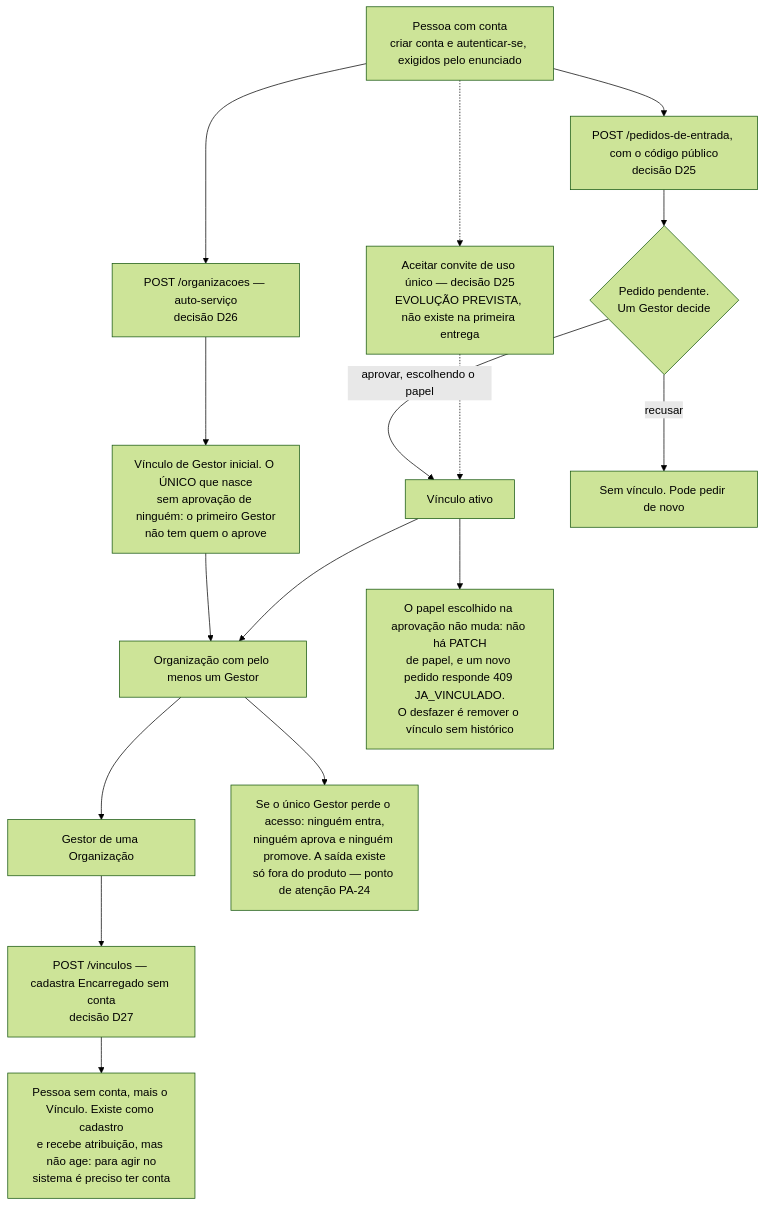
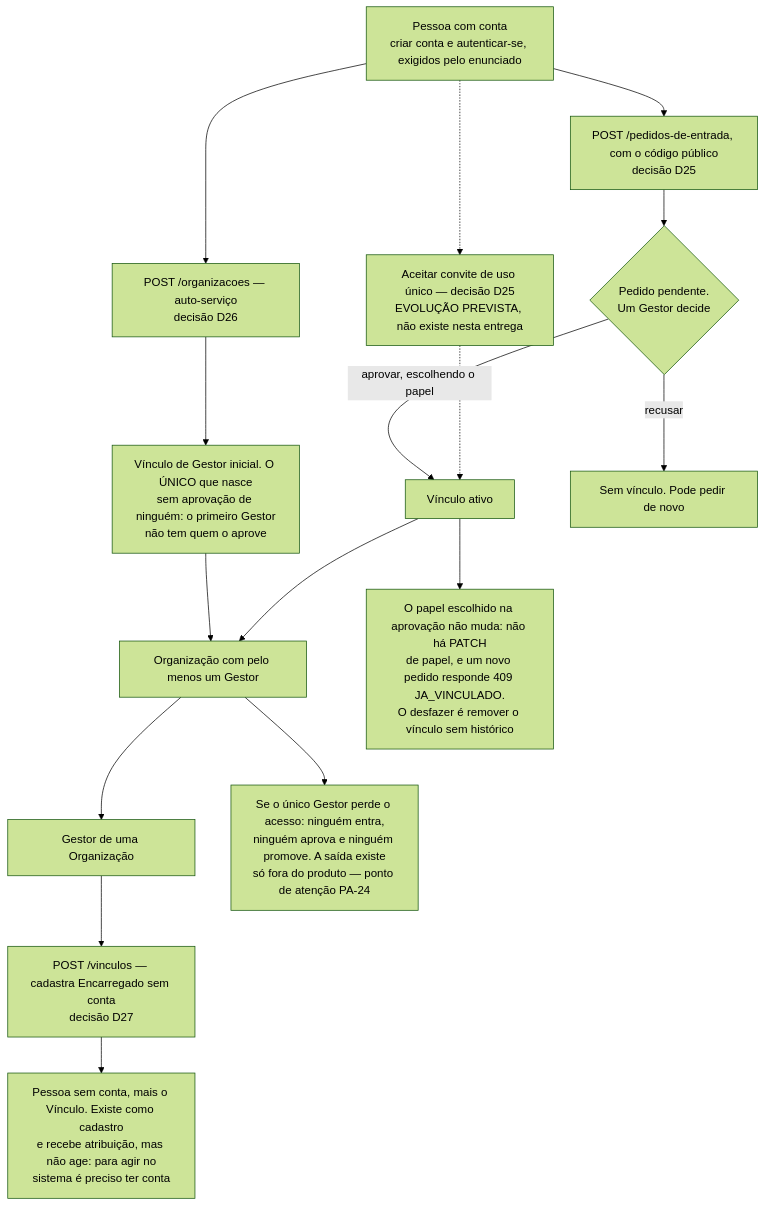
One commit to natanjunior/8FSDT-Hackathon changed the third of 4 diagrams in docs/fluxos-e-diagramas.md. Above: the diagram before and after it, drawn with Mermaid (forest theme). The commit also changed other lines of this file and 17 other files, not shown here.

First line of the commit message:
docs: nao existe "primeira entrega", existe a entrega — e a porta abre pelo que o produto faz

````diff
--- a/docs/fluxos-e-diagramas.md
+++ b/docs/fluxos-e-diagramas.md
@@ -247,24 +247,24 @@
 ```mermaid
 flowchart TD
     P["Pessoa com conta<br/>criar conta e autenticar-se, exigidos pelo enunciado"]
     G["Gestor de uma Organização"]
 
     P --> A1["POST /organizacoes — auto-serviço<br/>decisão D26"]
     P --> B1["POST /pedidos-de-entrada, com o código público<br/>decisão D25"]
-    P -.-> C1["Aceitar convite de uso único — decisão D25<br/>EVOLUÇÃO PREVISTA, não existe na primeira entrega"]
+    P -.-> C1["Aceitar convite de uso único — decisão D25<br/>EVOLUÇÃO PREVISTA, não existe nesta entrega"]
     G --> D1["POST /vinculos — cadastra Encarregado sem conta<br/>decisão D27"]
 
     A1 --> V0["Vínculo de Gestor inicial. O ÚNICO que nasce<br/>sem aprovação de ninguém: o primeiro Gestor<br/>não tem quem o aprove"]
     B1 --> PEND{"Pedido pendente.<br/>Um Gestor decide"}
     PEND -->|"aprovar, escolhendo o papel"| V1["Vínculo ativo"]
     PEND -->|"recusar"| REC["Sem vínculo. Pode pedir de novo"]
     C1 -.-> V1
     D1 --> V2["Pessoa sem conta, mais o Vínculo. Existe como cadastro<br/>e recebe atribuição, mas não age: para agir no<br/>sistema é preciso ter conta"]
 
     V0 --> ORG["Organização com pelo menos um Gestor"]
     V1 --> ORG
     ORG --> G
 
     V1 --> TRAVA["O papel escolhido na aprovação não muda: não há PATCH<br/>de papel, e um novo pedido responde 409 JA_VINCULADO.<br/>O desfazer é remover o vínculo sem histórico"]
     ORG --> BECO["Se o único Gestor perde o acesso: ninguém entra,<br/>ninguém aprova e ninguém promove. A saída existe<br/>só fora do produto — ponto de atenção PA-24"]
 ```
````
